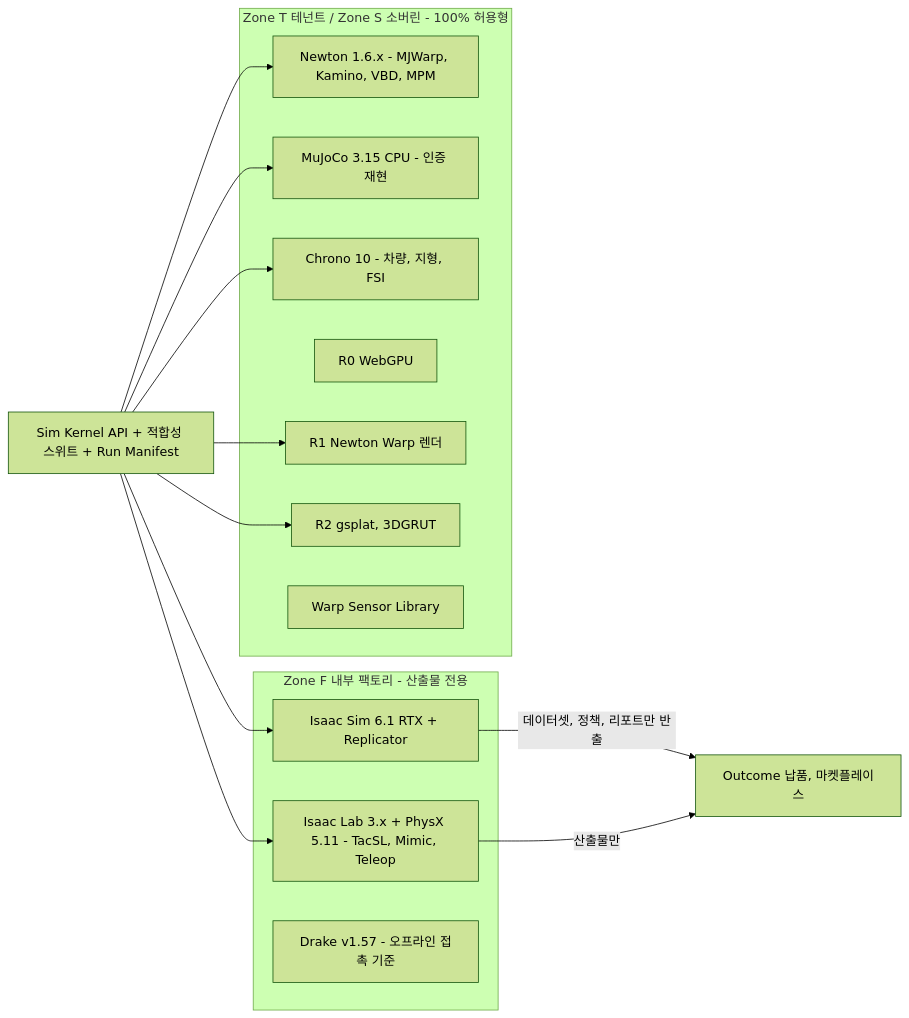
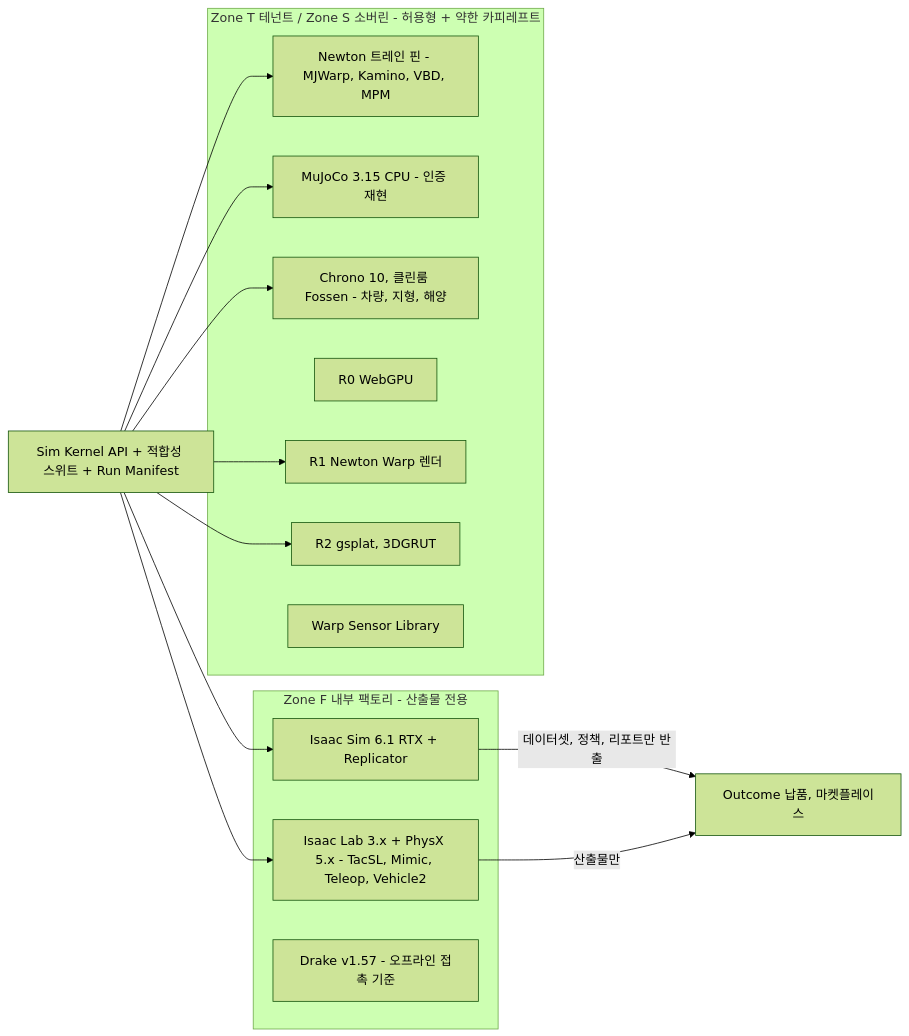
Before and after one commit to ouremployeeces-ship-it/AIResearch: the first of 8 diagrams in docs/digital-twin-platform/03-engine-selection-build-vs-buy.md, drawn with Mermaid (forest theme). The commit also changed other lines of this file and 14 other files, not shown here.

````diff
--- a/docs/digital-twin-platform/03-engine-selection-build-vs-buy.md
+++ b/docs/digital-twin-platform/03-engine-selection-build-vs-buy.md
@@ -35,27 +35,27 @@
 ```mermaid
 flowchart LR
     K["Sim Kernel API + 적합성 스위트 + Run Manifest"]
     subgraph ZF["Zone F 내부 팩토리 - 산출물 전용"]
         IS["Isaac Sim 6.1 RTX + Replicator"]
-        IL["Isaac Lab 3.x + PhysX 5.11 - TacSL, Mimic, Teleop"]
+        IL["Isaac Lab 3.x + PhysX 5.x - TacSL, Mimic, Teleop, Vehicle2"]
         DR["Drake v1.57 - 오프라인 접촉 기준"]
     end
-    subgraph ZT["Zone T 테넌트 / Zone S 소버린 - 100% 허용형"]
-        NW["Newton 1.6.x - MJWarp, Kamino, VBD, MPM"]
+    subgraph ZT["Zone T 테넌트 / Zone S 소버린 - 허용형 + 약한 카피레프트"]
+        NW["Newton 트레인 핀 - MJWarp, Kamino, VBD, MPM"]
         MJ["MuJoCo 3.15 CPU - 인증 재현"]
-        CH["Chrono 10 - 차량, 지형, FSI"]
+        CH["Chrono 10, 클린룸 Fossen - 차량, 지형, 해양"]
         R0["R0 WebGPU"]
         R1["R1 Newton Warp 렌더"]
         R2["R2 gsplat, 3DGRUT"]
         WS["Warp Sensor Library"]
     end
     K --> NW
     K --> MJ
     K --> CH
     K --> IL
     K --> R1
     K --> R2
     K --> IS
     IS -->|"데이터셋, 정책, 리포트만 반출"| OUT["Outcome 납품, 마켓플레이스"]
     IL -->|"산출물만"| OUT
 ```
````
